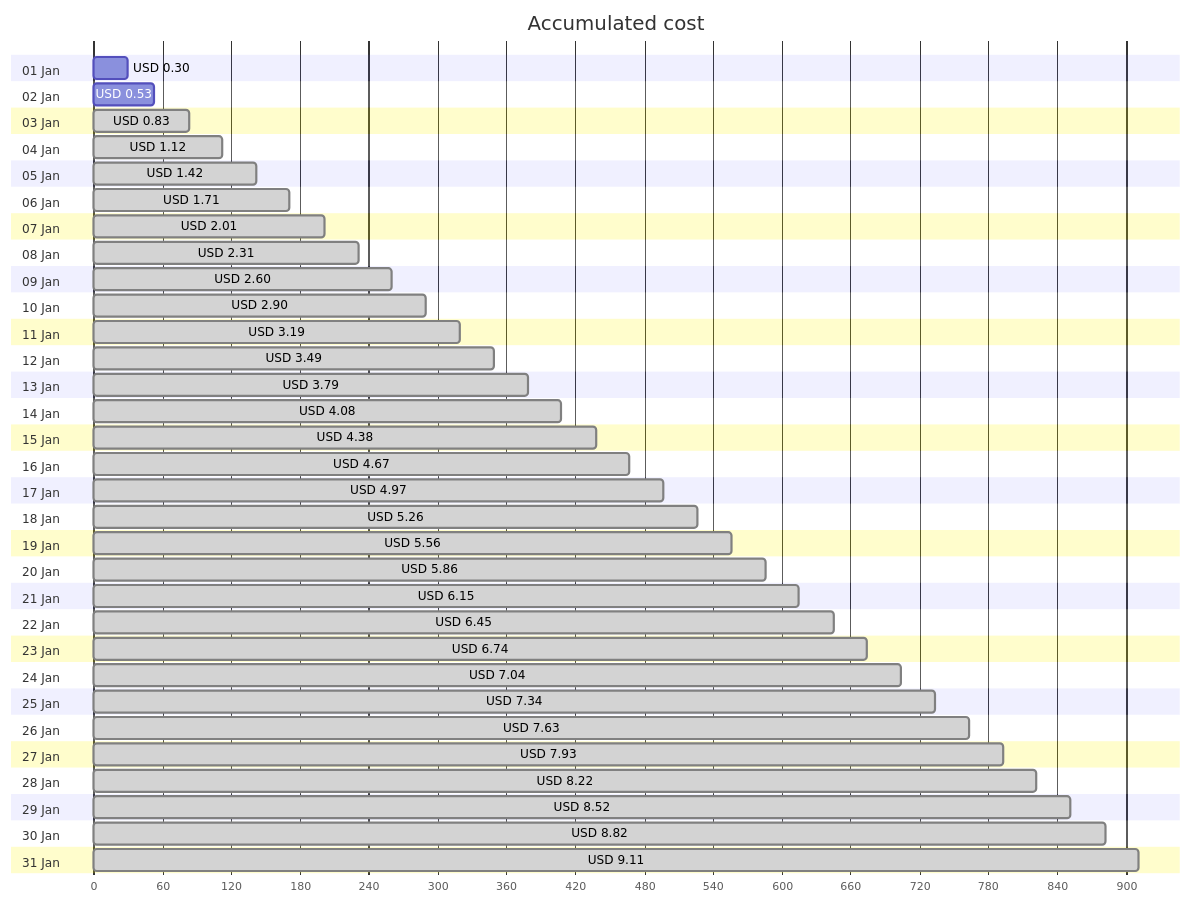
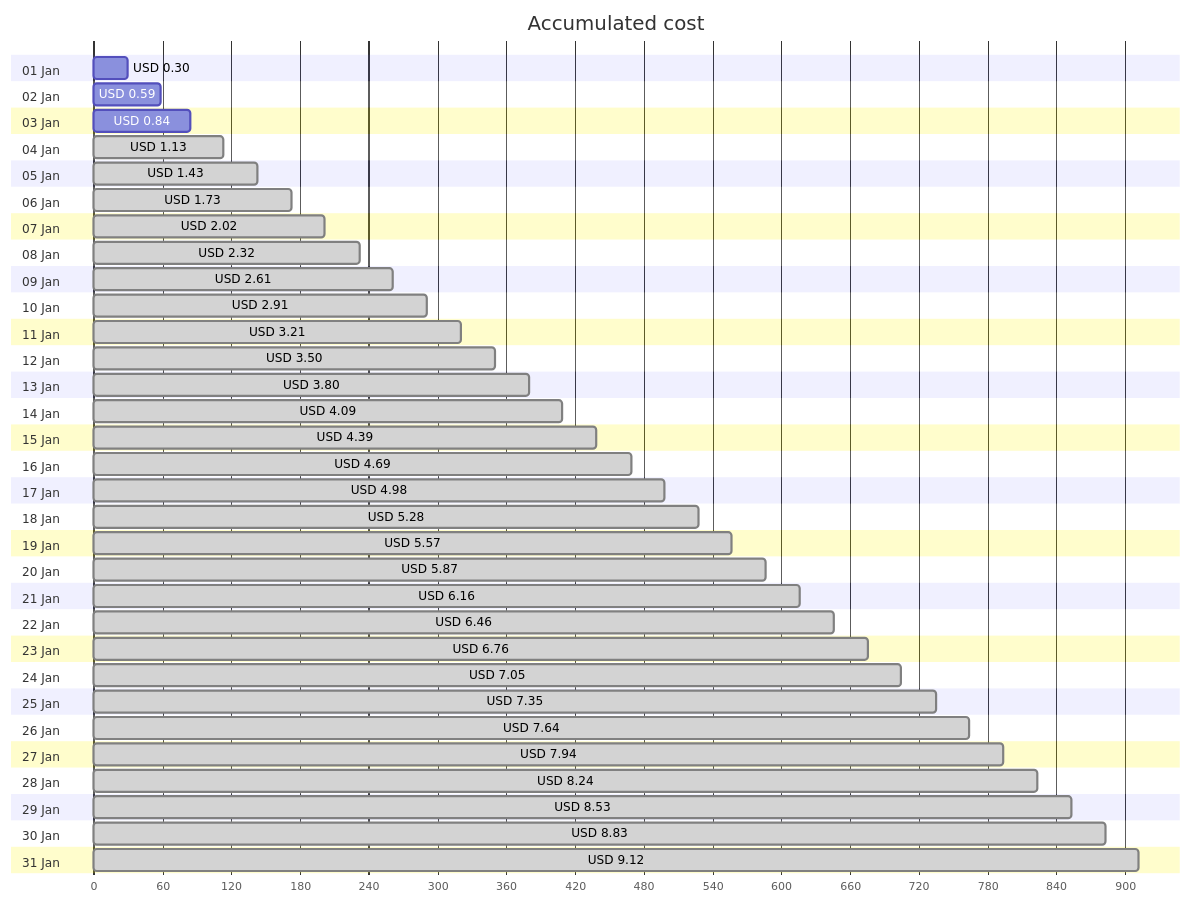
One commit to jpfulton/azure-personal-reports changed the first of 4 diagrams in cost-reports/personal-site/personal-site-preview.md. Above: the diagram before and after it, drawn with Mermaid. The commit also changed other lines of this file and 6 other files, not shown here.

````diff
--- a/cost-reports/personal-site/personal-site-preview.md
+++ b/cost-reports/personal-site/personal-site-preview.md
@@ -20,68 +20,68 @@
 ```mermaid
 gantt
    title Accumulated cost
    dateFormat  X
    axisFormat %s
    section 01 Jan
    USD 0.30 :0, 30
    section 02 Jan
-   USD 0.53 :0, 53
+   USD 0.59 :0, 59
    section 03 Jan
-   USD 0.83 : done, 0, 83
+   USD 0.84 :0, 84
    section 04 Jan
-   USD 1.12 : done, 0, 112
+   USD 1.13 : done, 0, 113
    section 05 Jan
-   USD 1.42 : done, 0, 142
+   USD 1.43 : done, 0, 143
    section 06 Jan
-   USD 1.71 : done, 0, 171
+   USD 1.73 : done, 0, 173
    section 07 Jan
-   USD 2.01 : done, 0, 201
+   USD 2.02 : done, 0, 202
    section 08 Jan
-   USD 2.31 : done, 0, 231
+   USD 2.32 : done, 0, 232
    section 09 Jan
-   USD 2.60 : done, 0, 260
+   USD 2.61 : done, 0, 261
    section 10 Jan
-   USD 2.90 : done, 0, 290
+   USD 2.91 : done, 0, 291
    section 11 Jan
-   USD 3.19 : done, 0, 319
+   USD 3.21 : done, 0, 321
    section 12 Jan
-   USD 3.49 : done, 0, 349
+   USD 3.50 : done, 0, 350
    section 13 Jan
-   USD 3.79 : done, 0, 379
+   USD 3.80 : done, 0, 380
    section 14 Jan
-   USD 4.08 : done, 0, 408
+   USD 4.09 : done, 0, 409
    section 15 Jan
-   USD 4.38 : done, 0, 438
+   USD 4.39 : done, 0, 439
    section 16 Jan
-   USD 4.67 : done, 0, 467
+   USD 4.69 : done, 0, 469
    section 17 Jan
-   USD 4.97 : done, 0, 497
+   USD 4.98 : done, 0, 498
    section 18 Jan
-   USD 5.26 : done, 0, 526
+   USD 5.28 : done, 0, 528
    section 19 Jan
-   USD 5.56 : done, 0, 556
+   USD 5.57 : done, 0, 557
    section 20 Jan
-   USD 5.86 : done, 0, 586
+   USD 5.87 : done, 0, 587
    section 21 Jan
-   USD 6.15 : done, 0, 615
+   USD 6.16 : done, 0, 616
    section 22 Jan
-   USD 6.45 : done, 0, 645
+   USD 6.46 : done, 0, 646
    section 23 Jan
-   USD 6.74 : done, 0, 674
+   USD 6.76 : done, 0, 676
    section 24 Jan
-   USD 7.04 : done, 0, 704
+   USD 7.05 : done, 0, 705
    section 25 Jan
-   USD 7.34 : done, 0, 734
+   USD 7.35 : done, 0, 735
    section 26 Jan
-   USD 7.63 : done, 0, 763
+   USD 7.64 : done, 0, 764
    section 27 Jan
-   USD 7.93 : done, 0, 793
+   USD 7.94 : done, 0, 794
    section 28 Jan
-   USD 8.22 : done, 0, 822
+   USD 8.24 : done, 0, 824
    section 29 Jan
-   USD 8.52 : done, 0, 852
+   USD 8.53 : done, 0, 853
    section 30 Jan
-   USD 8.82 : done, 0, 882
+   USD 8.83 : done, 0, 883
    section 31 Jan
-   USD 9.11 : done, 0, 911
+   USD 9.12 : done, 0, 912
 ```
````
